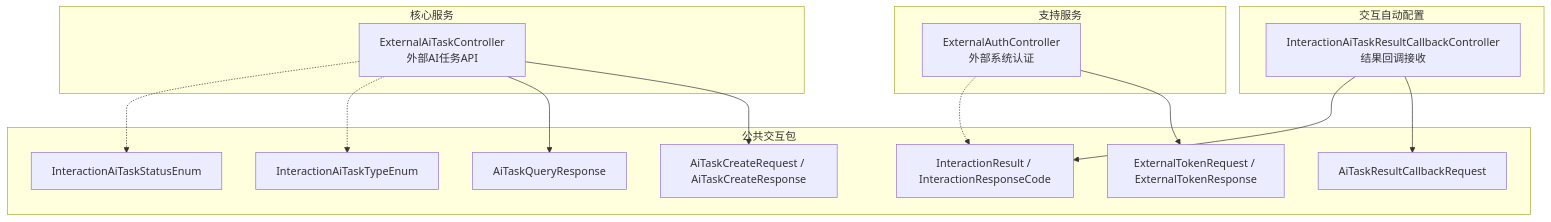
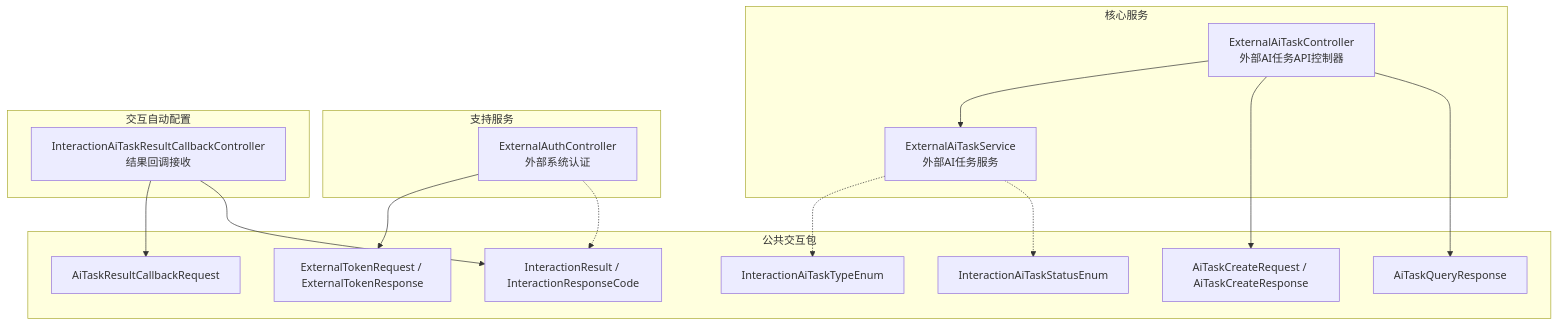
One commit to DrunkFood/First changed the first of 8 diagrams in .qoder/repowiki/zh/content/API接口文档/外部系统集成API/外部AI任务API.md. Above: the diagram before and after it, drawn with Mermaid. The commit also changed other lines of this file and 66 other files, not shown here.

````diff
--- a/.qoder/repowiki/zh/content/API接口文档/外部系统集成API/外部AI任务API.md
+++ b/.qoder/repowiki/zh/content/API接口文档/外部系统集成API/外部AI任务API.md
@@ -42,29 +52,31 @@
 ```mermaid
 graph TB
 subgraph "核心服务"
-C1["ExternalAiTaskController<br/>外部AI任务API"]
+C1["ExternalAiTaskController<br/>外部AI任务API控制器"]
+C2["ExternalAiTaskService<br/>外部AI任务服务"]
 end
 subgraph "支持服务"
 S1["ExternalAuthController<br/>外部系统认证"]
 end
 subgraph "交互自动配置"
 I1["InteractionAiTaskResultCallbackController<br/>结果回调接收"]
 end
 subgraph "公共交互包"
 D1["AiTaskCreateRequest / AiTaskCreateResponse"]
 D2["AiTaskQueryResponse"]
 D3["AiTaskResultCallbackRequest"]
 D4["ExternalTokenRequest / ExternalTokenResponse"]
 R1["InteractionResult / InteractionResponseCode"]
 E1["InteractionAiTaskTypeEnum"]
 E2["InteractionAiTaskStatusEnum"]
 end
+C1 --> C2
 C1 --> D1
 C1 --> D2
 S1 --> D4
 I1 --> D3
 I1 --> R1
-C1 -.-> E1
-C1 -.-> E2
+C2 -.-> E1
+C2 -.-> E2
 S1 -.-> R1
 ```
````
